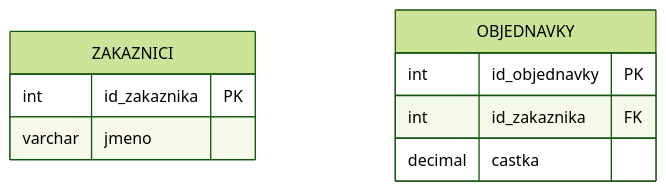
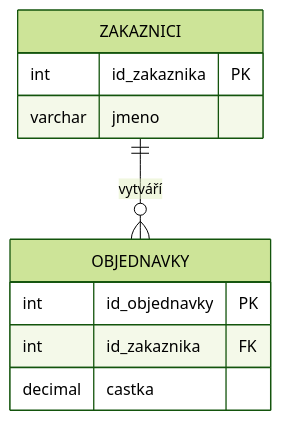
The sixth of 6 diagrams in DS/4.Rocnik/Priprava test teorie 04-11.md (quackextractor/M-zapisky), drawn with Mermaid (forest theme) before and after one commit. The commit also changed other lines of this file, not shown here.

````diff
--- a/DS/4.Rocnik/Priprava test teorie 04-11.md
+++ b/DS/4.Rocnik/Priprava test teorie 04-11.md
@@ -196,13 +196,16 @@
 ```mermaid
 erDiagram
     ZAKAZNICI {
         int id_zakaznika PK
         varchar jmeno
     }
     
     OBJEDNAVKY {
         int id_objednavky PK
         int id_zakaznika FK
         decimal castka
     }
+
+    ZAKAZNICI ||--o{ OBJEDNAVKY : "vytváří"
+
 ```
````
